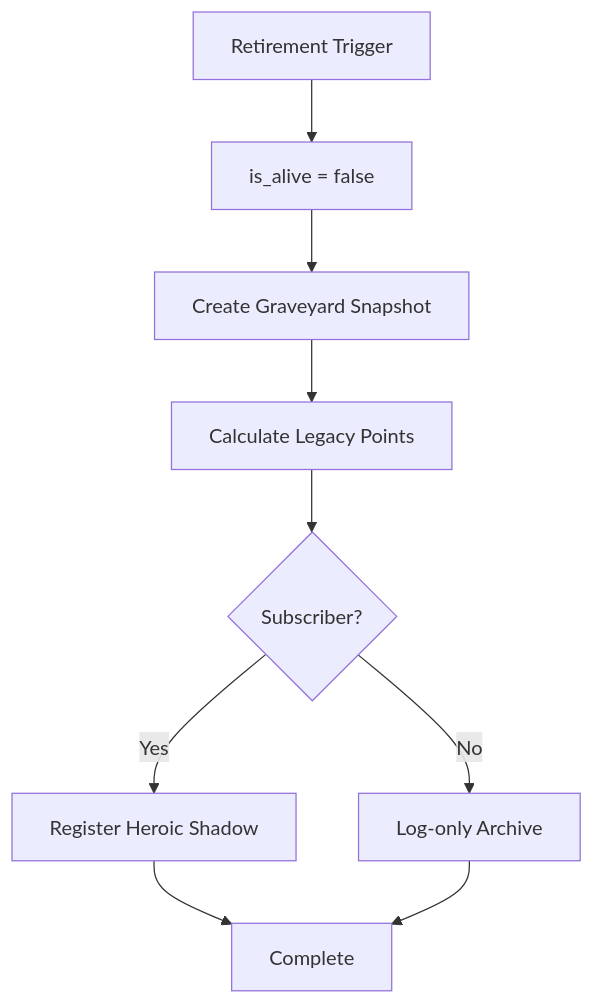
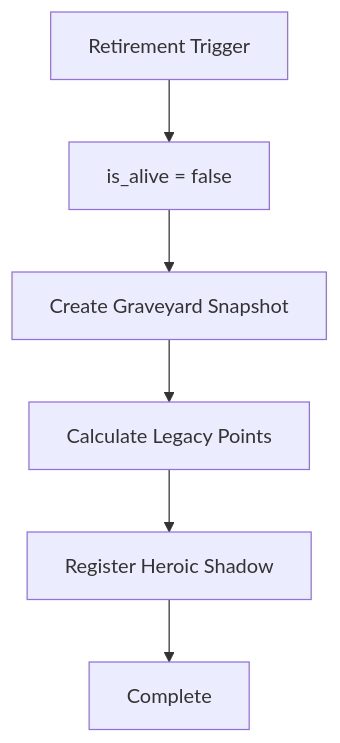
The diagram in docs/spec_v11_retirement_heroic.md (kiyoshikitamura/code-wirth-dawn), drawn with Mermaid before and after one commit. The commit also changed other lines of this file and 22 other files, not shown here.

````diff
--- a/docs/spec_v11_retirement_heroic.md
+++ b/docs/spec_v11_retirement_heroic.md
@@ -27,11 +25,8 @@
 ```mermaid
 flowchart TD
     Trigger["Retirement Trigger"] --> SetDead["is_alive = false"]
     SetDead --> Snapshot["Create Graveyard Snapshot"]
     Snapshot --> Legacy["Calculate Legacy Points"]
-    Legacy --> CheckSub{"Subscriber?"}
-    CheckSub -->|Yes| RegisterHeroic["Register Heroic Shadow"]
-    CheckSub -->|No| LogOnly["Log-only Archive"]
+    Legacy --> RegisterHeroic["Register Heroic Shadow"]
     RegisterHeroic --> Done["Complete"]
-    LogOnly --> Done
 ```
````
